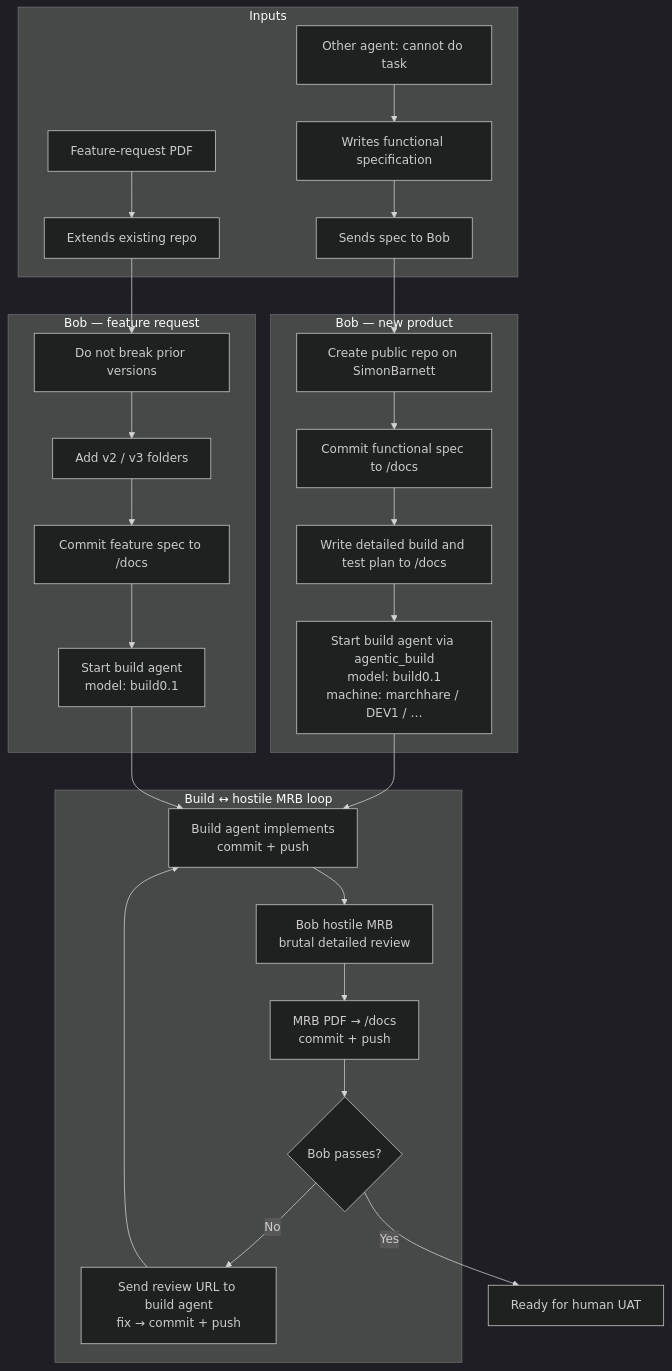
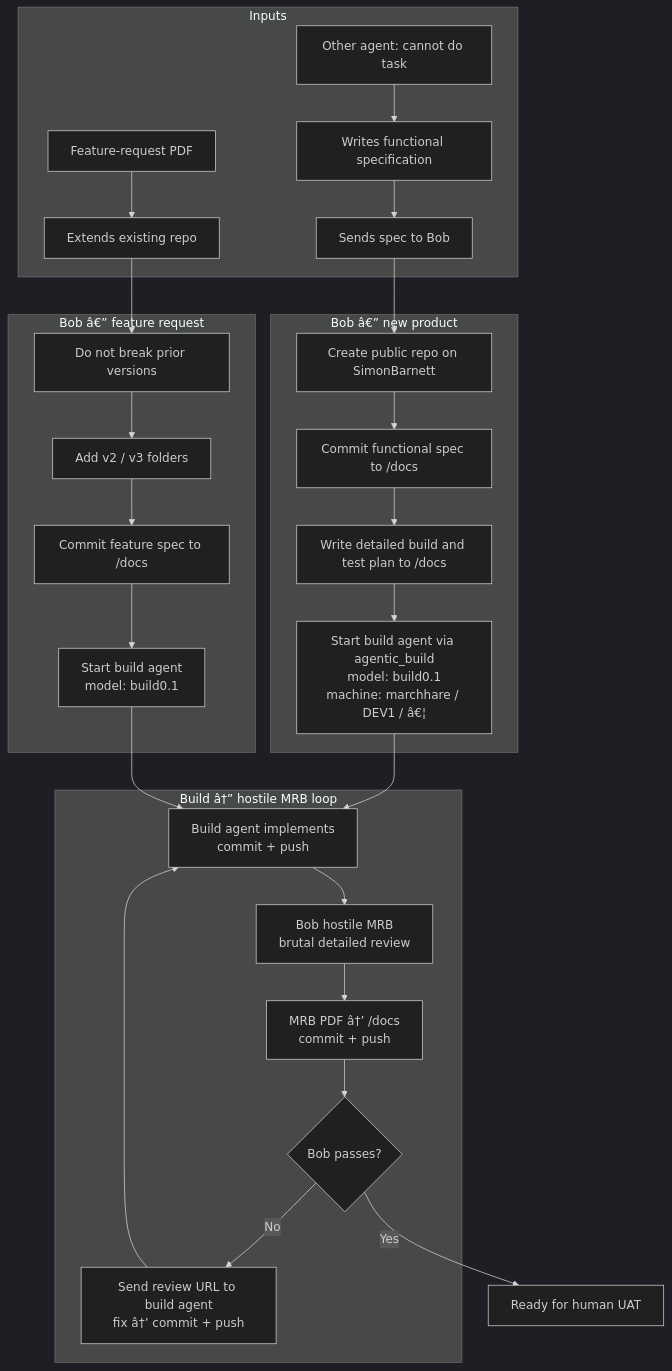
The diagram in README.md (SimonBarnett/agentic_build), drawn with Mermaid (dark theme) before and after one commit. The commit also changed other lines of this file and 6 other files, not shown here.

First line of the commit message:
skills: Bob functional-spec loop (intake, dispatch, hostile MRB)

````diff
--- a/README.md
+++ b/README.md
@@ -37,44 +48,44 @@
 ```mermaid
 flowchart TB
   subgraph IN["Inputs"]
     A1["Other agent: cannot do task"]
     A2["Writes functional specification"]
     A3["Sends spec to Bob"]
     F1["Feature-request PDF"]
     F2["Extends existing repo"]
   end
 
   A1 --> A2 --> A3
   F1 --> F2
 
-  subgraph BOB_NEW["Bob — new product"]
+  subgraph BOB_NEW["Bob â€” new product"]
     B1["Create public repo on SimonBarnett"]
     B2["Commit functional spec to /docs"]
     B3["Write detailed build and test plan to /docs"]
-    B4["Start build agent via agentic_build\nmodel: build0.1\nmachine: marchhare / DEV1 / …"]
+    B4["Start build agent via agentic_build\nmodel: build0.1\nmachine: marchhare / DEV1 / â€¦"]
   end
 
-  subgraph BOB_FEAT["Bob — feature request"]
+  subgraph BOB_FEAT["Bob â€” feature request"]
     C1["Do not break prior versions"]
     C2["Add v2 / v3 folders"]
     C3["Commit feature spec to /docs"]
     C4["Start build agent\nmodel: build0.1"]
   end
 
   A3 --> B1 --> B2 --> B3 --> B4
   F2 --> C1 --> C2 --> C3 --> C4
 
-  subgraph LOOP["Build ↔ hostile MRB loop"]
+  subgraph LOOP["Build â†” hostile MRB loop"]
     D1["Build agent implements\ncommit + push"]
     D2["Bob hostile MRB\nbrutal detailed review"]
-    D3["MRB PDF → /docs\ncommit + push"]
+    D3["MRB PDF â†’ /docs\ncommit + push"]
     D4{"Bob passes?"}
-    D5["Send review URL to build agent\nfix → commit + push"]
+    D5["Send review URL to build agent\nfix â†’ commit + push"]
   end
 
   B4 --> D1
   C4 --> D1
   D1 --> D2 --> D3 --> D4
   D4 -->|No| D5 --> D1
   D4 -->|Yes| UAT["Ready for human UAT"]
 ```
````
